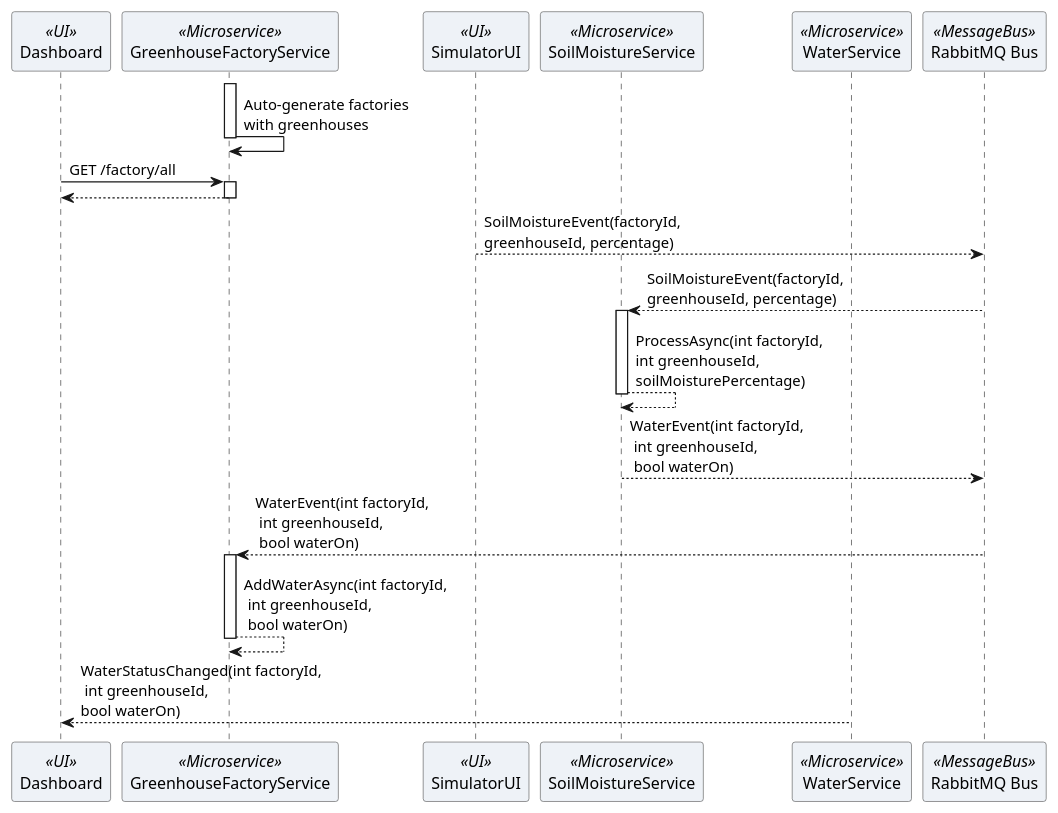
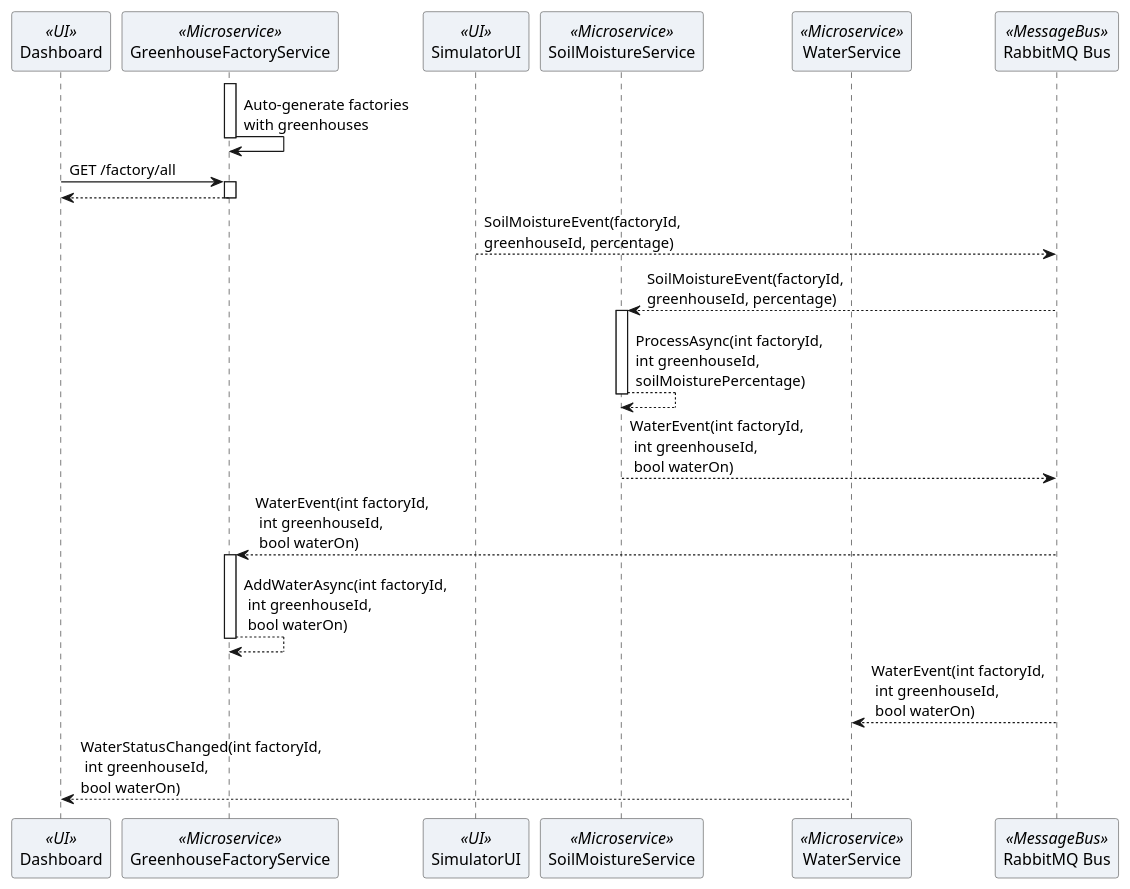
Before and after one commit to jhmichelsen/software_architecture_project: the diagram in Documentation/SequenceDiagram.puml, drawn with PlantUML.

Commit message:
Update sequence diagram

```diff
--- a/Documentation/SequenceDiagram.puml
+++ b/Documentation/SequenceDiagram.puml
@@ -1,44 +1,46 @@
 @startuml
 skinparam sequence {
     ParticipantBackgroundColor #eef2f7
     ParticipantBorderColor #4a4a4a
     ActorBorderColor #4a4a4a
     ActorBackgroundColor #eef2f7
 }
 
 participant Dashboard <<UI>>
 participant "GreenhouseFactoryService" as FactoryService <<Microservice>>
 participant SimulatorUI <<UI>>
 participant SoilMoistureService <<Microservice>>
 participant WaterService <<Microservice>>
 participant "RabbitMQ Bus" as MessageBus <<MessageBus>>
 
 ' --- Init factories ---
 activate FactoryService
 FactoryService -> FactoryService: Auto-generate factories\nwith greenhouses
 deactivate FactoryService
 
 Dashboard -> FactoryService: GET /factory/all
 
 activate FactoryService
 FactoryService --> Dashboard
 deactivate FactoryService
 
 SimulatorUI --> MessageBus: SoilMoistureEvent(factoryId,\ngreenhouseId, percentage)
 MessageBus --> SoilMoistureService: SoilMoistureEvent(factoryId,\ngreenhouseId, percentage)
 
 activate SoilMoistureService
 SoilMoistureService --> SoilMoistureService: ProcessAsync(int factoryId, \nint greenhouseId, \nsoilMoisturePercentage)
 deactivate SoilMoistureService
 
 SoilMoistureService --> MessageBus: WaterEvent(int factoryId, \n int greenhouseId,\n bool waterOn)
 
 MessageBus --> FactoryService: WaterEvent(int factoryId,\n int greenhouseId,\n bool waterOn)
 
 activate FactoryService
 FactoryService --> FactoryService: AddWaterAsync(int factoryId, \n int greenhouseId, \n bool waterOn)
 deactivate FactoryService
 
+MessageBus --> WaterService: WaterEvent(int factoryId, \n int greenhouseId,\n bool waterOn)
+
 WaterService --> Dashboard: WaterStatusChanged(int factoryId,\n int greenhouseId,\nbool waterOn)
 
 @enduml
```
